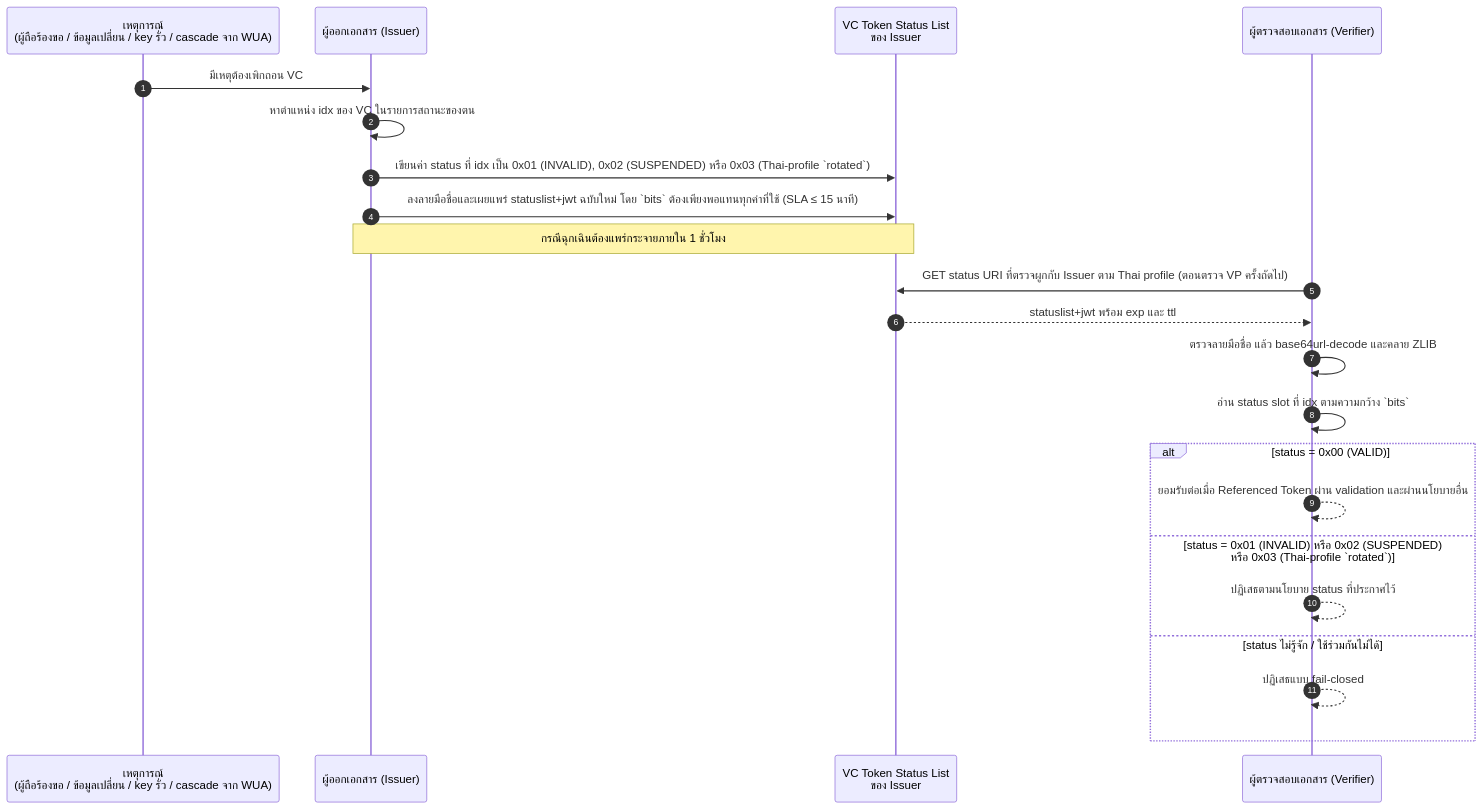
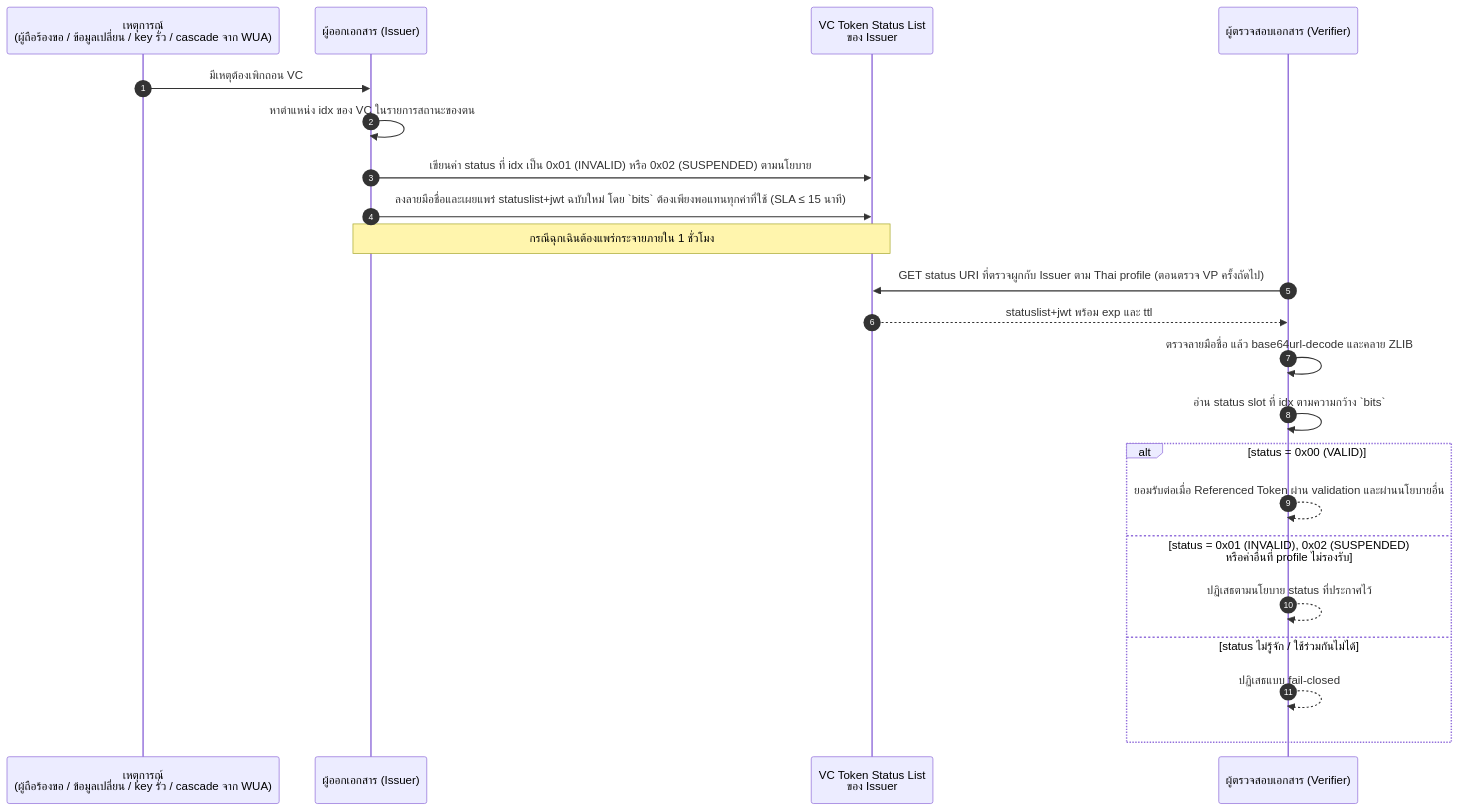
Before and after one commit to ETDA/vcdoc: the third of 7 diagrams in docs/thai-vc-arf/13-vc-status-and-revocation.md, drawn with Mermaid. The commit also changed other lines of this file and 22 other files, not shown here.

````diff
--- a/docs/thai-vc-arf/13-vc-status-and-revocation.md
+++ b/docs/thai-vc-arf/13-vc-status-and-revocation.md
@@ -215,25 +208,25 @@
 ```mermaid
 sequenceDiagram
     autonumber
     participant EV as เหตุการณ์<br/>(ผู้ถือร้องขอ / ข้อมูลเปลี่ยน / key รั่ว / cascade จาก WUA)
     participant ISS as ผู้ออกเอกสาร (Issuer)
     participant VSL as VC Token Status List<br/>ของ Issuer
     participant V as ผู้ตรวจสอบเอกสาร (Verifier)
 
     EV->>ISS: มีเหตุต้องเพิกถอน VC
     ISS->>ISS: หาตำแหน่ง idx ของ VC ในรายการสถานะของตน
-    ISS->>VSL: เขียนค่า status ที่ idx เป็น 0x01 (INVALID), 0x02 (SUSPENDED) หรือ 0x03 (Thai-profile `rotated`)
+    ISS->>VSL: เขียนค่า status ที่ idx เป็น 0x01 (INVALID) หรือ 0x02 (SUSPENDED) ตามนโยบาย
     ISS->>VSL: ลงลายมือชื่อและเผยแพร่ statuslist+jwt ฉบับใหม่ โดย `bits` ต้องเพียงพอแทนทุกค่าที่ใช้ (SLA ≤ 15 นาที)
     Note over ISS,VSL: กรณีฉุกเฉินต้องแพร่กระจายภายใน 1 ชั่วโมง
     V->>VSL: GET status URI ที่ตรวจผูกกับ Issuer ตาม Thai profile (ตอนตรวจ VP ครั้งถัดไป)
     VSL-->>V: statuslist+jwt พร้อม exp และ ttl
     V->>V: ตรวจลายมือชื่อ แล้ว base64url-decode และคลาย ZLIB
     V->>V: อ่าน status slot ที่ idx ตามความกว้าง `bits`
     alt status = 0x00 (VALID)
         V-->>V: ยอมรับต่อเมื่อ Referenced Token ผ่าน validation และผ่านนโยบายอื่น
-    else status = 0x01 (INVALID) หรือ 0x02 (SUSPENDED) หรือ 0x03 (Thai-profile `rotated`)
+    else status = 0x01 (INVALID), 0x02 (SUSPENDED) หรือค่าอื่นที่ profile ไม่รองรับ
         V-->>V: ปฏิเสธตามนโยบาย status ที่ประกาศไว้
     else status ไม่รู้จัก / ใช้ร่วมกันไม่ได้
         V-->>V: ปฏิเสธแบบ fail-closed
     end
 ```
````
